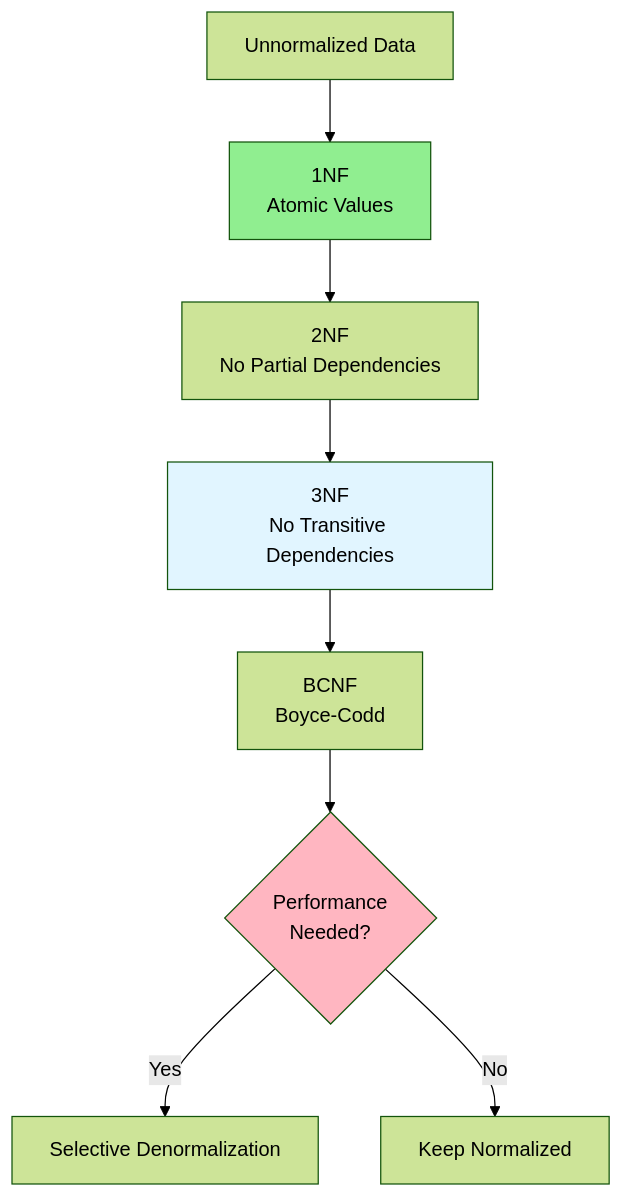
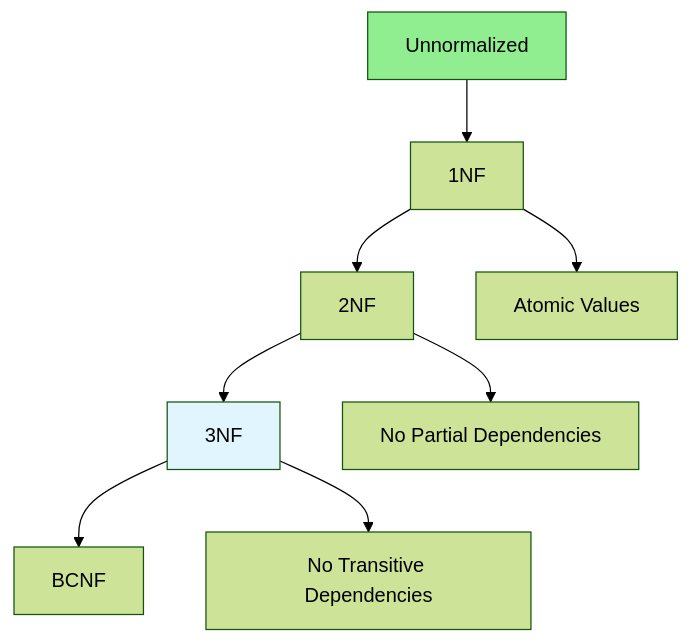
The diagram in Full-Stack-Guides/Group-06-Database-Analysis/06.03_Database_Normalization.md (iouthnamain/tech-note), drawn with Mermaid (forest theme) before and after one commit. The commit also changed other lines of this file and 480 other files, not shown here.

````diff
--- a/Full-Stack-Guides/Group-06-Database-Analysis/06.03_Database_Normalization.md
+++ b/Full-Stack-Guides/Group-06-Database-Analysis/06.03_Database_Normalization.md
@@ -25,15 +22,14 @@
 ```mermaid
-graph TD
-    Unnormalized[Unnormalized Data] --> NF1[1NF<br/>Atomic Values]
-    NF1 --> NF2[2NF<br/>No Partial Dependencies]
-    NF2 --> NF3[3NF<br/>No Transitive Dependencies]
-    NF3 --> BCNF[BCNF<br/>Boyce-Codd]
+flowchart TD
+    Unnormalized[Unnormalized] --> 1NF[1NF]
+    1NF --> 2NF[2NF]
+    2NF --> 3NF[3NF]
+    3NF --> BCNF[BCNF]
     
-    BCNF --> Denormalize{Performance<br/>Needed?}
-    Denormalize -->|Yes| Selective[Selective Denormalization]
-    Denormalize -->|No| Keep[Keep Normalized]
+    1NF --> Atomic[Atomic Values]
+    2NF --> NoPartial[No Partial Dependencies]
+    3NF --> NoTransitive[No Transitive Dependencies]
     
-    style NF1 fill:#90EE90
-    style NF3 fill:#e1f5ff
-    style Denormalize fill:#FFB6C1
+    style Unnormalized fill:#90EE90
+    style 3NF fill:#e1f5ff
 ```
````
